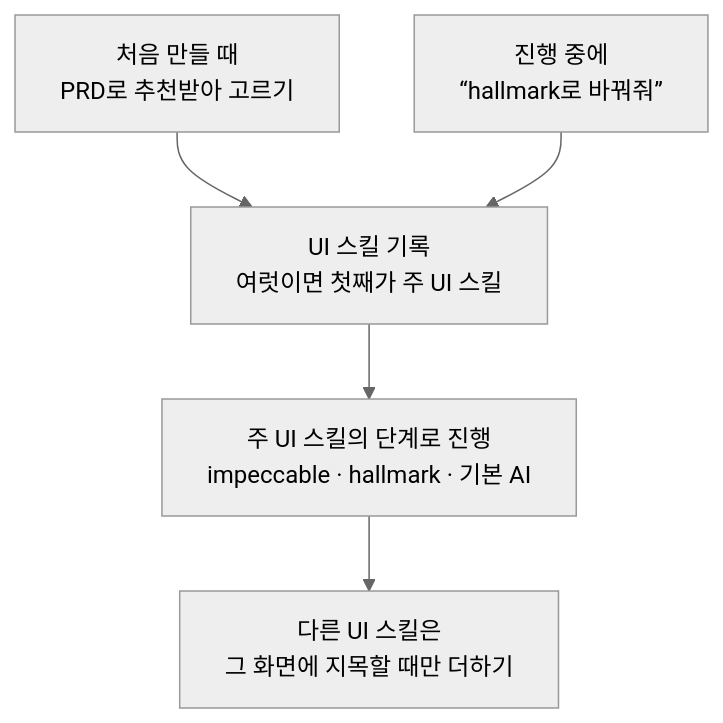
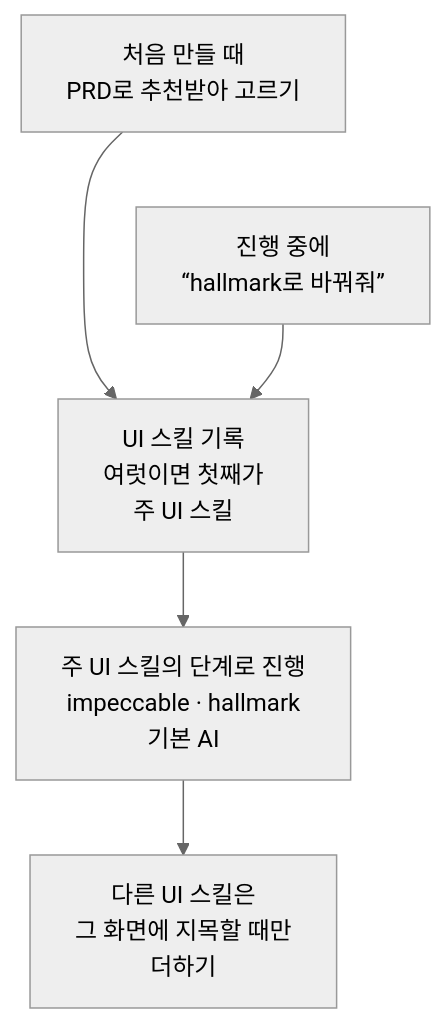
Before and after one commit to roadkwon-ai/pro-kit: the first of 2 diagrams in handbook/design/ui-skillset.md, drawn with Mermaid (neutral theme). The commit also changed other lines of this file and 26 other files, not shown here.

````diff
--- a/handbook/design/ui-skillset.md
+++ b/handbook/design/ui-skillset.md
@@ -51,12 +51,13 @@
 ```mermaid
 ---
 config:
   flowchart:
-    wrappingWidth: 300
+    wrappingWidth: 240
 ---
 flowchart TB
-  I["처음 만들 때<br/>PRD로 추천받아 고르기"] --> R["UI 스킬 기록<br/>여럿이면 첫째가 주 UI 스킬"]
-  CH["진행 중에<br/>“hallmark로 바꿔줘”"] --> R
-  R --> MAP["주 UI 스킬의 단계로 진행<br/>impeccable · hallmark · 기본 AI"]
-  MAP --> SUB["다른 UI 스킬은<br/>그 화면에 지목할 때만 더하기"]
+  I["처음 만들 때<br/>PRD로 추천받아 고르기"] --> R["UI 스킬 기록<br/>여럿이면 첫째가<br/>주 UI 스킬"]
+  I ~~~ CH["진행 중에<br/>“hallmark로 바꿔줘”"]
+  CH --> R
+  R --> MAP["주 UI 스킬의 단계로 진행<br/>impeccable · hallmark<br/>기본 AI"]
+  MAP --> SUB["다른 UI 스킬은<br/>그 화면에 지목할 때만<br/>더하기"]
 ```
````
